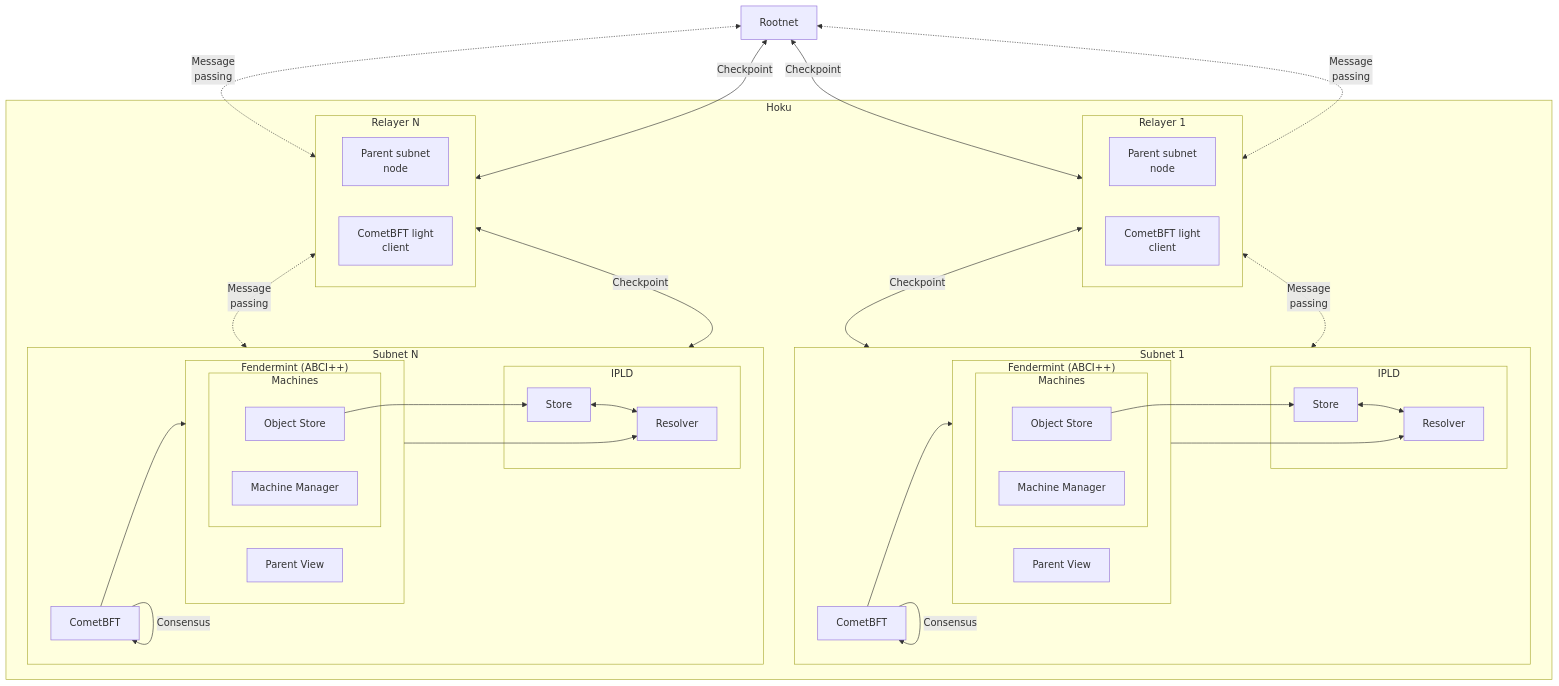
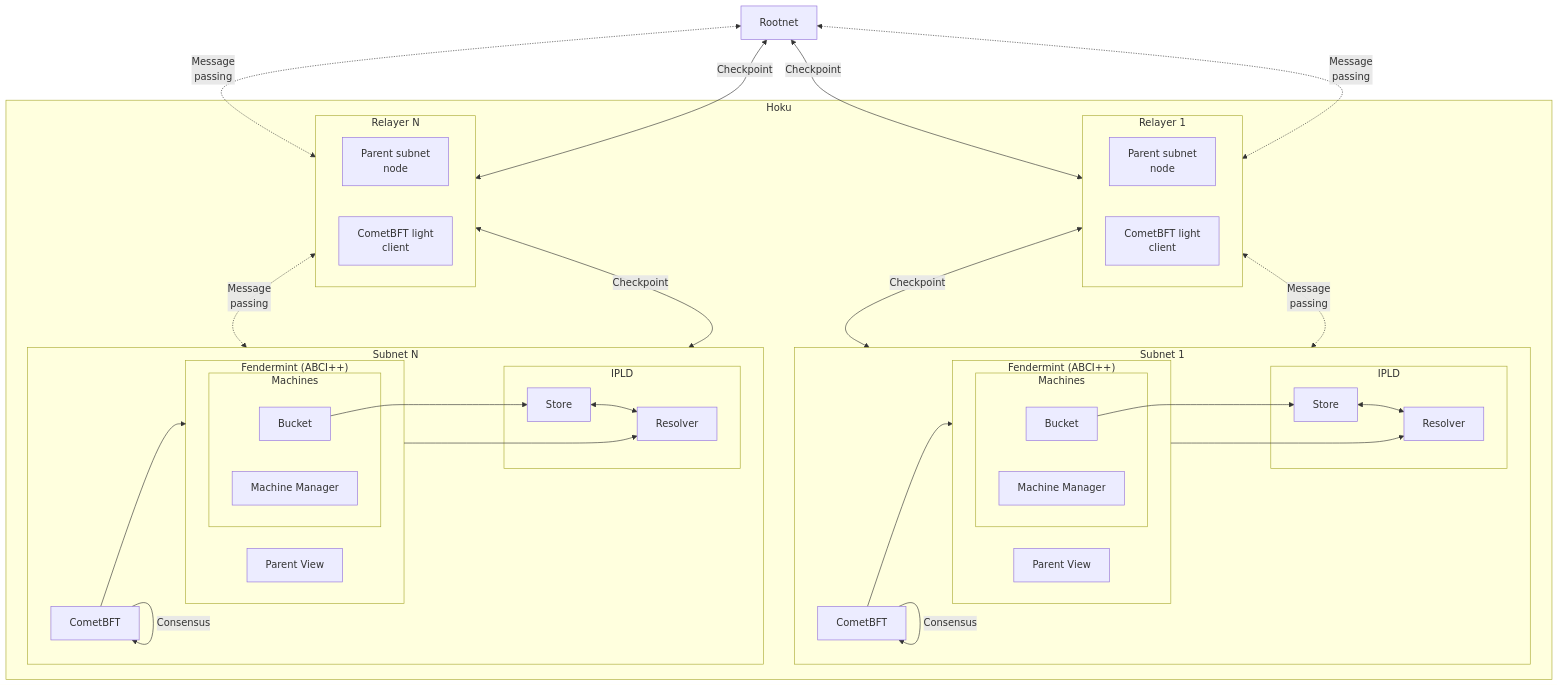
The diagram in pages/architecture/index.mdx (recallnet/docs), drawn with Mermaid before and after one commit. The commit also changed 22 other files, not shown here.

````diff
--- a/pages/architecture/index.mdx
+++ b/pages/architecture/index.mdx
@@ -26,59 +26,59 @@
 ```mermaid
 graph TD
   subgraph Hoku
     subgraph Relayer1["Relayer 1"]
       ParentNode1["Parent subnet<br/>node"]
       LightClient1["CometBFT light<br/>client"]
     end
     subgraph Subnet1["Subnet 1"]
       CometBFT1["CometBFT"]
       CometBFT1 --"Consensus"--> CometBFT1
       subgraph ABCI1["Fendermint (ABCI++)"]
         subgraph Machines1["Machines"]
-          ObjectStore1["Object Store"]
+          Bucket1["Bucket"]
           MachineManager1["Machine Manager"]
         end
         ParentView1["Parent View"]
       end
       subgraph IPLD1["IPLD"]
         Store1["Store"]
         Resolver1["Resolver"]
         Store1 <--> Resolver1
       end
-      ObjectStore1 --> Store1
+      Bucket1 --> Store1
       ABCI1 --> Resolver1
       CometBFT1 --> ABCI1
     end
     subgraph RelayerN["Relayer N"]
       ParentNodeN["Parent subnet<br/>node"]
       LightClientN["CometBFT light<br/>client"]
     end
     subgraph SubnetN["Subnet N"]
       CometBFTN["CometBFT"]
       CometBFTN --"Consensus"--> CometBFTN
       subgraph ABCIN["Fendermint (ABCI++)"]
         subgraph MachinesN["Machines"]
-          ObjectStoreN["Object Store"]
+          BucketN["Bucket"]
           MachineManagerN["Machine Manager"]
         end
         ParentViewN["Parent View"]
       end
       subgraph IPLDN["IPLD"]
         StoreN["Store"]
         ResolverN["Resolver"]
         StoreN <--> ResolverN
       end
-      ObjectStoreN --> StoreN
+      BucketN --> StoreN
       ABCIN --> ResolverN
       CometBFTN --> ABCIN
     end
   end
   Root["Rootnet"] <--"Checkpoint"--> Relayer1
   Root <-."Message<br/>passing".-> Relayer1
   Root <-."Message<br/>passing".-> RelayerN
   Root["Rootnet"] <--"Checkpoint"--> RelayerN
   Relayer1 <--"Checkpoint"--> Subnet1
   Relayer1 <-."Message<br/>passing".-> Subnet1
   RelayerN <-."Message<br/>passing".-> SubnetN
   RelayerN <--"Checkpoint"--> SubnetN
 ```
````
